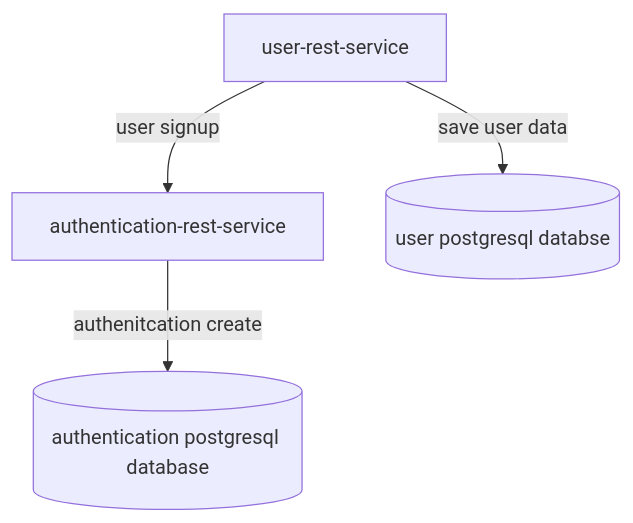
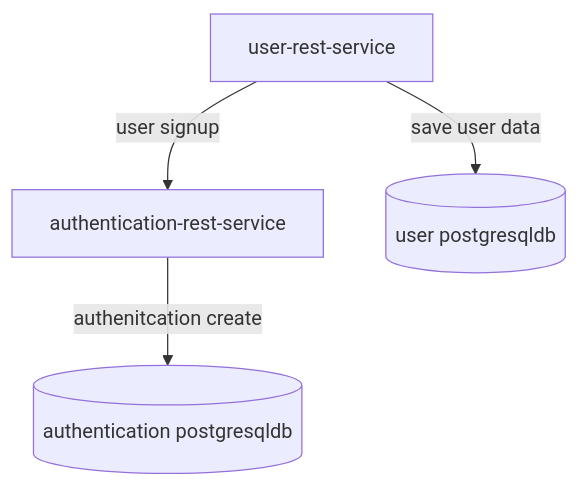
Before and after one commit to sonamsamdupkhangsar/user-rest-service: the first of 2 diagrams in README.md, drawn with Mermaid.

Commit message:
add description for flowchart

````diff
--- a/README.md
+++ b/README.md
@@ -76,6 +76,6 @@
 ```mermaid
 flowchart TD
     A[user-rest-service] -->|user signup| B[authentication-rest-service]
-    B -->|authenitcation create| C[(authentication postgresql database)]    
-    A --> | save user data| D[(user postgresql databse)]
+    B -->|authenitcation create| C[(authentication postgresqldb)]    
+    A --> | save user data| D[(user postgresqldb)]
 ```
````
